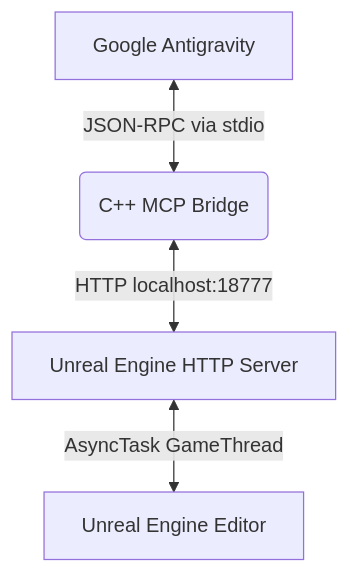
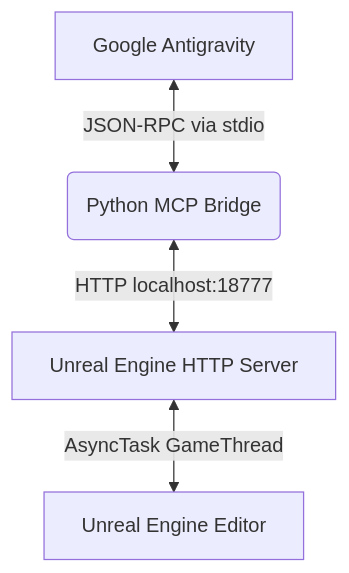
The diagram in README.md (JanVogelsang/UE-Antigravity), drawn with Mermaid before and after one commit. The commit also changed other lines of this file and 30 other files, not shown here.

First line of the commit message:
Refactor: Architectural separation of Editor and Agent concerns

````diff
--- a/README.md
+++ b/README.md
@@ -37,6 +37,6 @@
 ```mermaid
 graph TD
-    A[Google Antigravity] <-->|JSON-RPC via stdio| B(C++ MCP Bridge)
+    A[Google Antigravity] <-->|JSON-RPC via stdio| B(Python MCP Bridge)
     B <-->|HTTP localhost:18777| C[Unreal Engine HTTP Server]
     C <-->|AsyncTask GameThread| D[Unreal Engine Editor]
 ```
````
